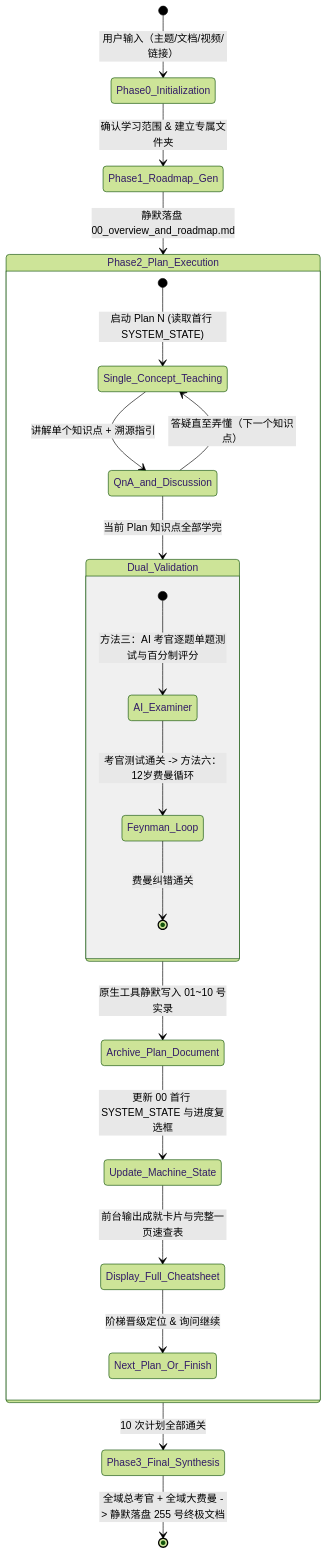
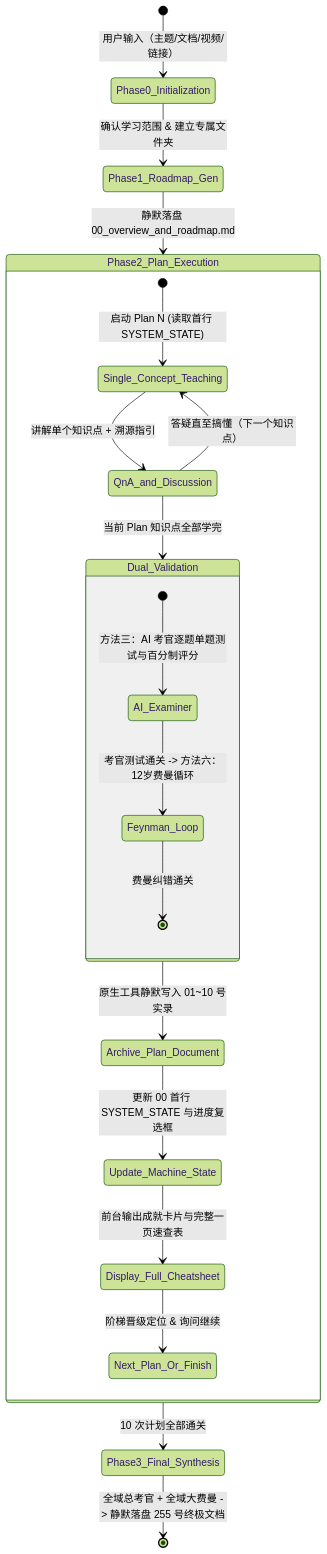
The diagram in README.md (lowellran/Study_via_AI), drawn with Mermaid (forest theme) before and after one commit. The commit also changed other lines of this file and 5 other files, not shown here.

````diff
--- a/README.md
+++ b/README.md
@@ -40,27 +57,27 @@
 ```mermaid
 stateDiagram-v2
     [*] --> Phase0_Initialization: 用户输入（主题/文档/视频/链接）
     Phase0_Initialization --> Phase1_Roadmap_Gen: 确认学习范围 & 建立专属文件夹
     Phase1_Roadmap_Gen --> Phase2_Plan_Execution: 静默落盘 00_overview_and_roadmap.md
     
     state Phase2_Plan_Execution {
         [*] --> Single_Concept_Teaching: 启动 Plan N (读取首行 SYSTEM_STATE)
         Single_Concept_Teaching --> QnA_and_Discussion: 讲解单个知识点 + 溯源指引
-        QnA_and_Discussion --> Single_Concept_Teaching: 答疑直至弄懂（下一个知识点）
+        QnA_and_Discussion --> Single_Concept_Teaching: 答疑直至搞懂（下一个知识点）
         QnA_and_Discussion --> Dual_Validation: 当前 Plan 知识点全部学完
         
         state Dual_Validation {
             [*] --> AI_Examiner: 方法三：AI 考官逐题单题测试与百分制评分
             AI_Examiner --> Feynman_Loop: 考官测试通关 -> 方法六：12岁费曼循环
             Feynman_Loop --> [*]: 费曼纠错通关
         }
         
         Dual_Validation --> Archive_Plan_Document: 原生工具静默写入 01~10 号实录
         Archive_Plan_Document --> Update_Machine_State: 更新 00 首行 SYSTEM_STATE 与进度复选框
         Update_Machine_State --> Display_Full_Cheatsheet: 前台输出成就卡片与完整一页速查表
         Display_Full_Cheatsheet --> Next_Plan_Or_Finish: 阶梯晋级定位 & 询问继续
     }
     
     Phase2_Plan_Execution --> Phase3_Final_Synthesis: 10 次计划全部通关
     Phase3_Final_Synthesis --> [*]: 全域总考官 + 全域大费曼 -> 静默落盘 255 号终极文档
 ```
````
